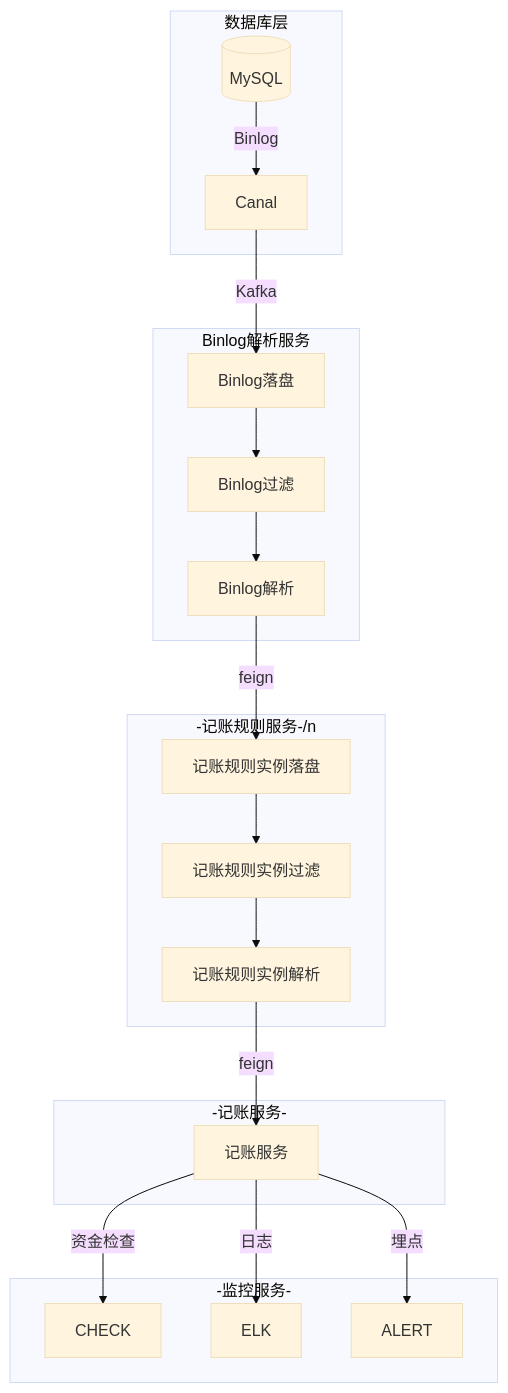
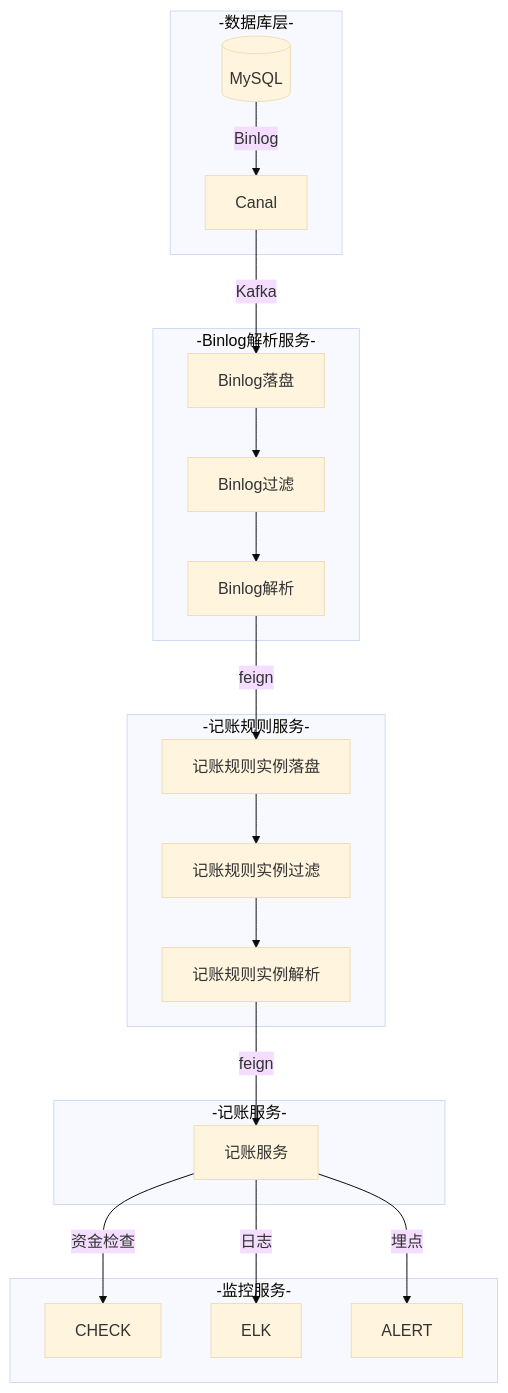
One commit to 87828943/iodraw-files changed the diagram in all/记账架构图.md. Above: the diagram before and after it, drawn with Mermaid (base theme).

Commit message:
2025-07-07 14:50:02 update

````diff
--- a/all/记账架构图.md
+++ b/all/记账架构图.md
@@ -1,24 +1,24 @@
 ```mermaid
 graph TB
-    subgraph 数据库层
+    subgraph -数据库层-
         DB[(MySQL)] -->|Binlog| Canal
     end
-    subgraph Binlog解析服务
+    subgraph -Binlog解析服务-
         Canal -->|Kafka| Binlog[Binlog落盘]
         Binlog --> Binlog1[Binlog过滤]
         Binlog1 --> Binlog2[Binlog解析]
     end
-    subgraph -记账规则服务-/n
+    subgraph -记账规则服务-
         Binlog2 -->|feign| AccountingRule[记账规则实例落盘]
         AccountingRule --> AccountingRule1[记账规则实例过滤]
         AccountingRule1 --> AccountingRule2[记账规则实例解析] 
     end
     subgraph -记账服务-
        AccountingRule2 -->|feign| Accounting[记账服务]
     end
     subgraph -监控服务-
         Accounting --> |资金检查| CHECK
         Accounting -->|日志| ELK
         Accounting -->|埋点| ALERT
     end
 ```
````
